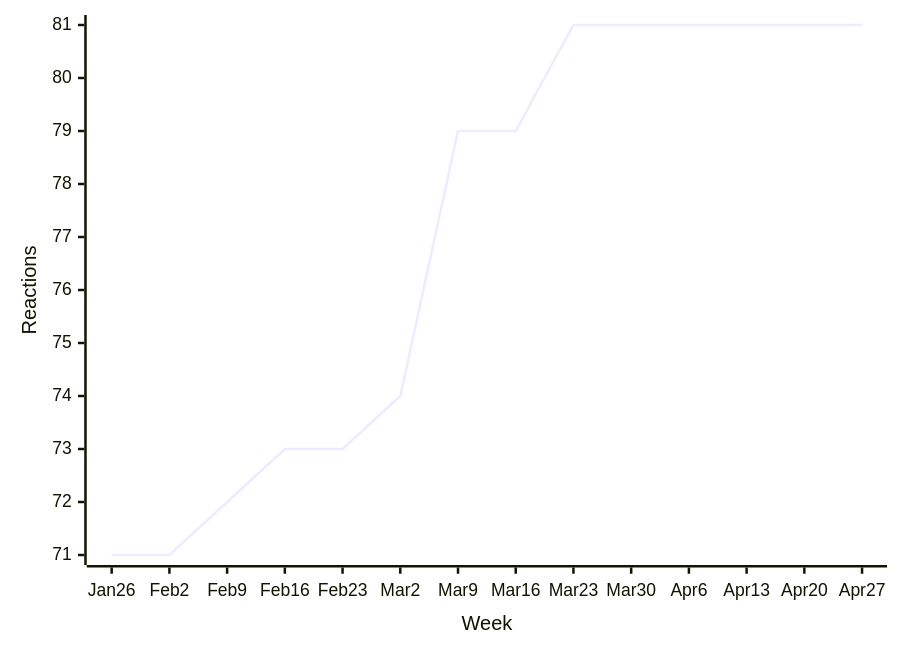
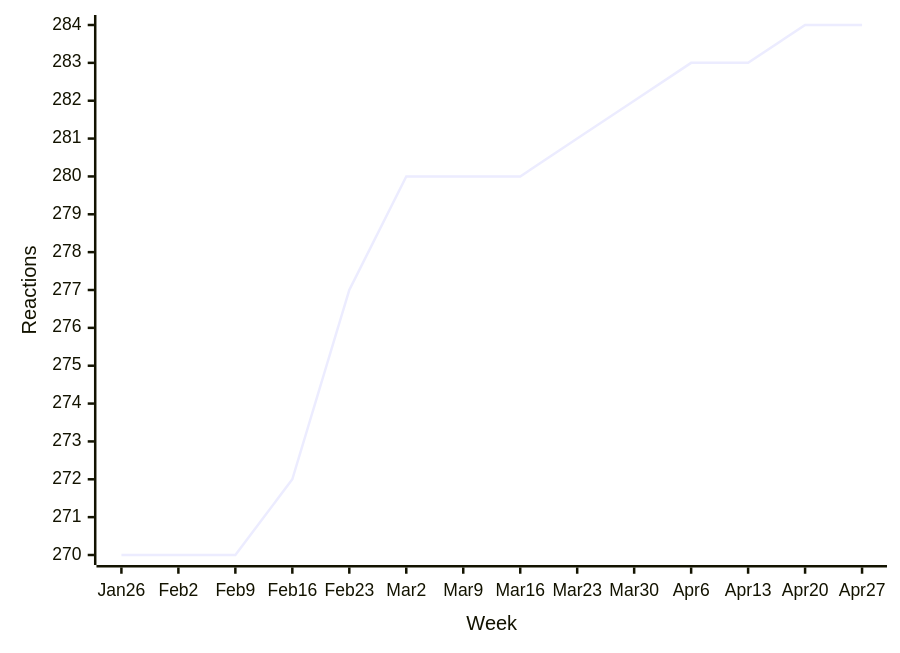
The third of 15 diagrams in README.md (loic-sharma/github-insights), drawn with Mermaid before and after one commit. The commit also changed other lines of this file and 2 other files, not shown here.

````diff
--- a/README.md
+++ b/README.md
@@ -191,6 +191,6 @@
   ```mermaid
   xychart-beta
     x-axis "Week" [Jan 26, Feb 2, Feb 9, Feb 16, Feb 23, Mar 2, Mar 9, Mar 16, Mar 23, Mar 30, Apr 6, Apr 13, Apr 20, Apr 27]
     y-axis "Reactions"
-    line [71, 71, 72, 73, 73, 74, 79, 79, 81, 81, 81, 81, 81, 81]
+    line [270, 270, 270, 272, 277, 280, 280, 280, 281, 282, 283, 283, 284, 284]
   ```
````
